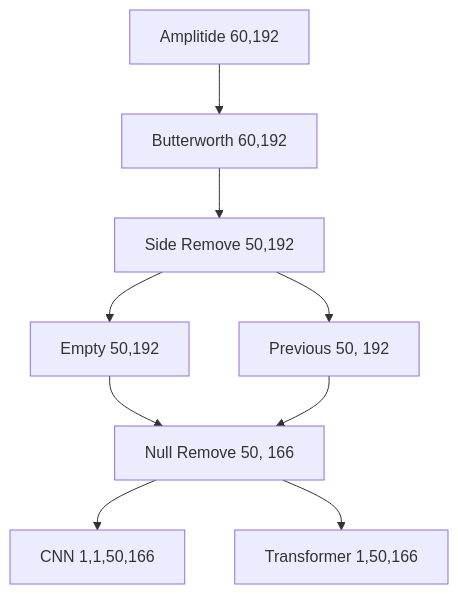
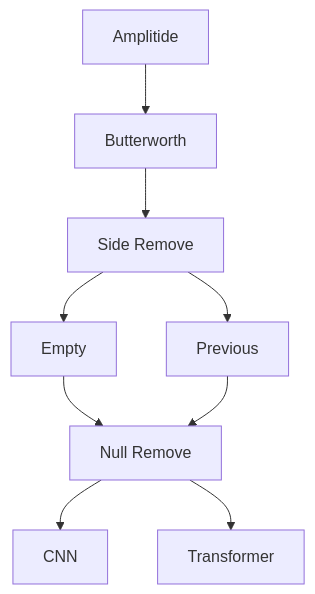
One commit to dongwoodev/csi-inf changed the diagram in README.md. Above: the diagram before and after it, drawn with Mermaid. The commit also changed other lines of this file, not shown here.

Commit message:
[Docs] Document Update

````diff
--- a/README.md
+++ b/README.md
@@ -33,11 +33,11 @@
 ```mermaid
 graph TD
-    A[Amplitide 60,192] --> B[Butterworth 60,192]
-    B --> C[Side Remove 50,192]
-    C --> D[Empty 50,192]
-    C --> E[Previous 50, 192]
-    D --> F[Null Remove 50, 166]
+    A[Amplitide] --> B[Butterworth]
+    B --> C[Side Remove]
+    C --> D[Empty]
+    C --> E[Previous]
+    D --> F[Null Remove]
     E --> F
-    F --> G[CNN 1,1,50,166]
-    F --> H[Transformer 1,50,166]
+    F --> G[CNN]
+    F --> H[Transformer]
 ```
````
